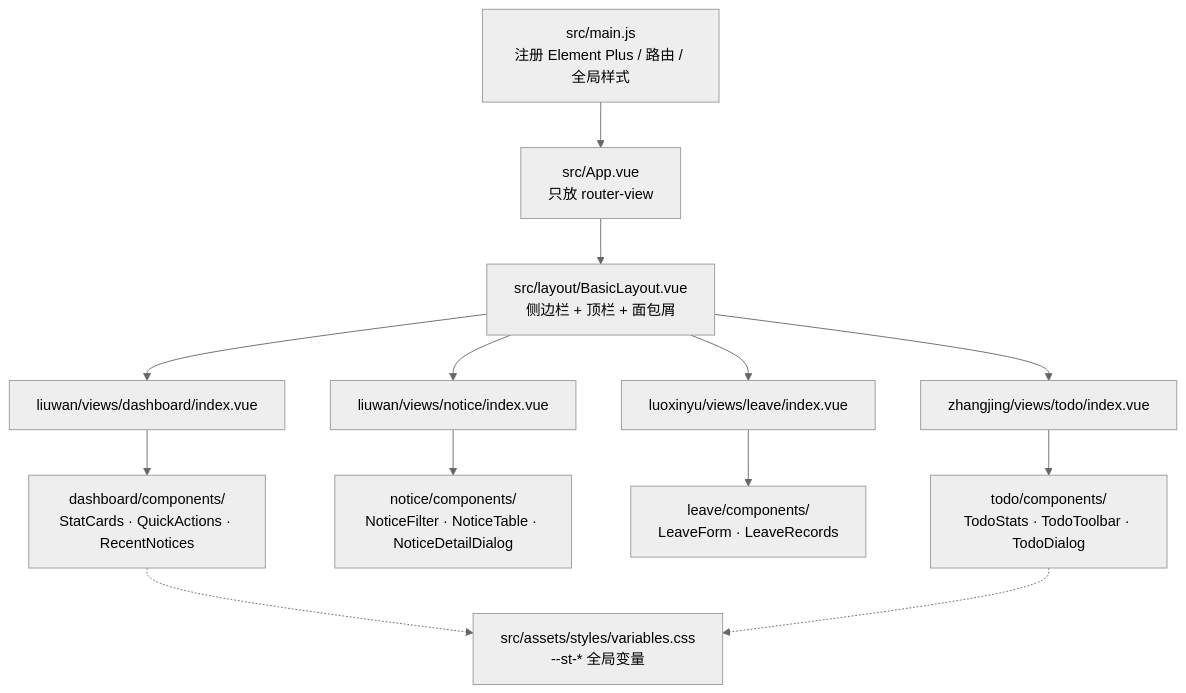
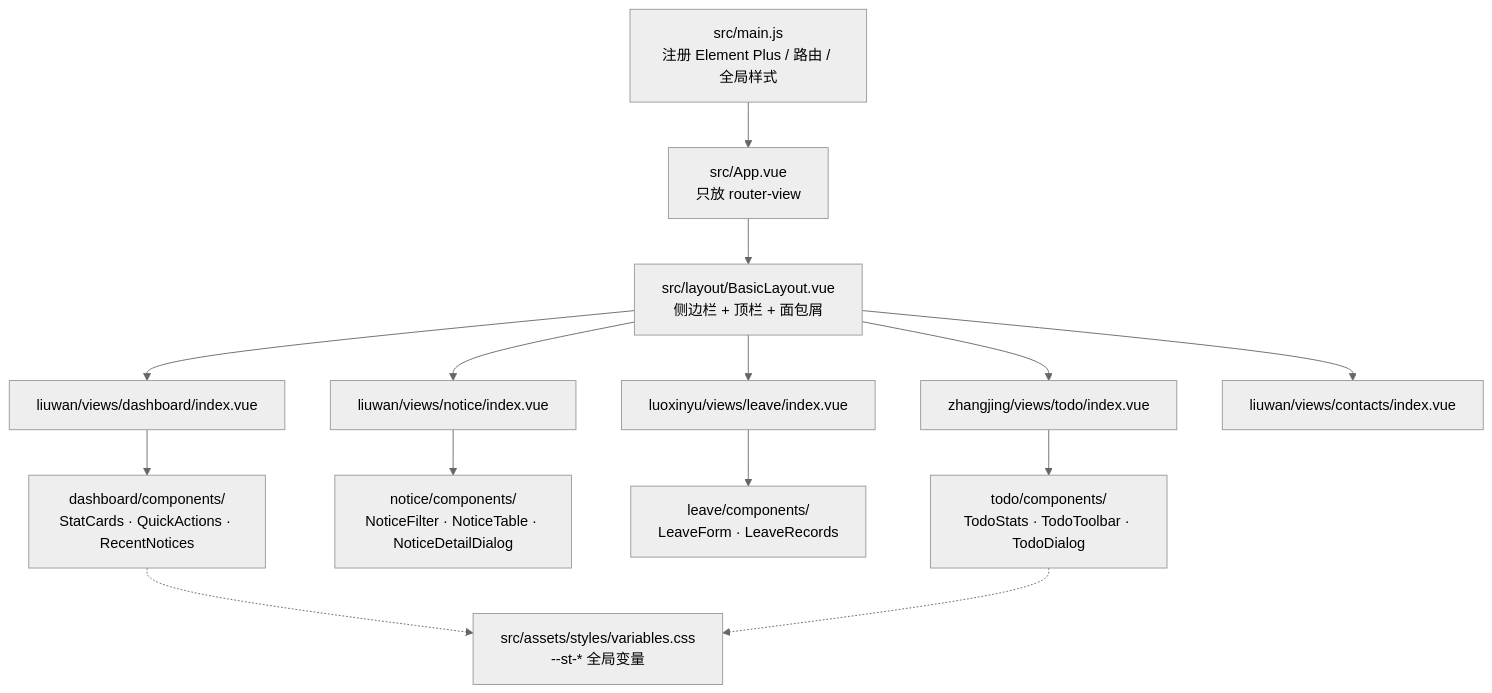
One commit to stttop23/zuoye changed the diagram in docs/项目框架.md. Above: the diagram before and after it, drawn with Mermaid (neutral theme). The commit also changed other lines of this file and 6 other files, not shown here.

````diff
--- a/docs/项目框架.md
+++ b/docs/项目框架.md
@@ -65,15 +66,16 @@
 ```mermaid
 graph TD
     A["src/main.js<br/>注册 Element Plus / 路由 / 全局样式"] --> B["src/App.vue<br/>只放 router-view"]
     B --> C["src/layout/BasicLayout.vue<br/>侧边栏 + 顶栏 + 面包屑"]
     C --> D1["liuwan/views/dashboard/index.vue"]
     C --> D2["liuwan/views/notice/index.vue"]
     C --> D3["luoxinyu/views/leave/index.vue"]
     C --> D4["zhangjing/views/todo/index.vue"]
+    C --> D5["liuwan/views/contacts/index.vue"]
     D1 --> E1["dashboard/components/<br/>StatCards · QuickActions · RecentNotices"]
     D2 --> E2["notice/components/<br/>NoticeFilter · NoticeTable · NoticeDetailDialog"]
     D3 --> E3["leave/components/<br/>LeaveForm · LeaveRecords"]
     D4 --> E4["todo/components/<br/>TodoStats · TodoToolbar · TodoDialog"]
     E1 -.-> F["src/assets/styles/variables.css<br/>--st-* 全局变量"]
     E4 -.-> F
 ```
````
